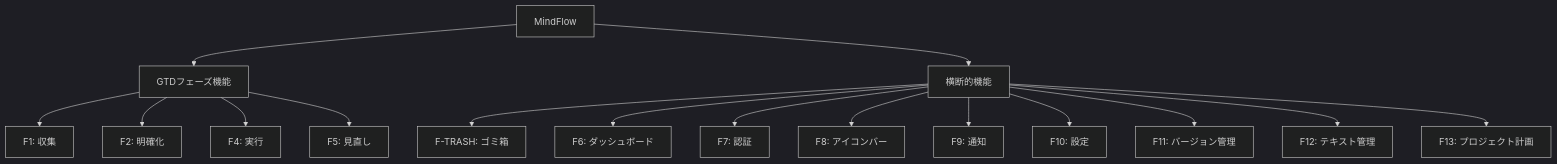
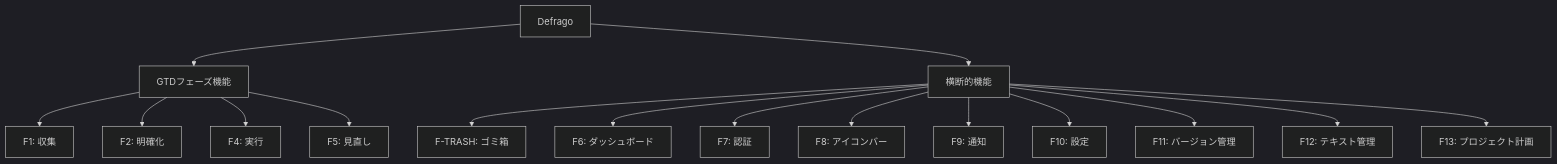
Before and after one commit to teppei19980914/Defrago: the diagram in docs/specs/feature_gtd.md, drawn with Mermaid (dark theme). The commit also changed other lines of this file and 15 other files, not shown here.

````diff
--- a/docs/specs/feature_gtd.md
+++ b/docs/specs/feature_gtd.md
@@ -14,20 +14,20 @@
 ```mermaid
 graph TB
-    MF[MindFlow] --> PHASE[GTDフェーズ機能]
+    MF[Defrago] --> PHASE[GTDフェーズ機能]
     MF --> CROSS[横断的機能]
 
     PHASE --> F1[F1: 収集]
     PHASE --> F2[F2: 明確化]
     PHASE --> F4[F4: 実行]
     PHASE --> F5[F5: 見直し]
 
     CROSS --> TRASH[F-TRASH: ゴミ箱]
     CROSS --> F6[F6: ダッシュボード]
     CROSS --> F7[F7: 認証]
     CROSS --> F8[F8: アイコンバー]
     CROSS --> F9[F9: 通知]
     CROSS --> F10[F10: 設定]
     CROSS --> F11[F11: バージョン管理]
     CROSS --> F12[F12: テキスト管理]
     CROSS --> F13[F13: プロジェクト計画]
 ```
````
